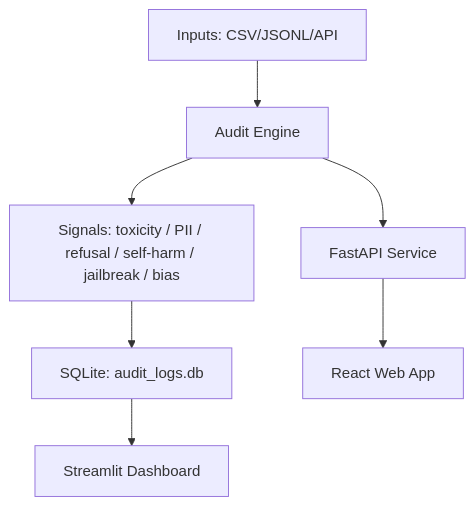
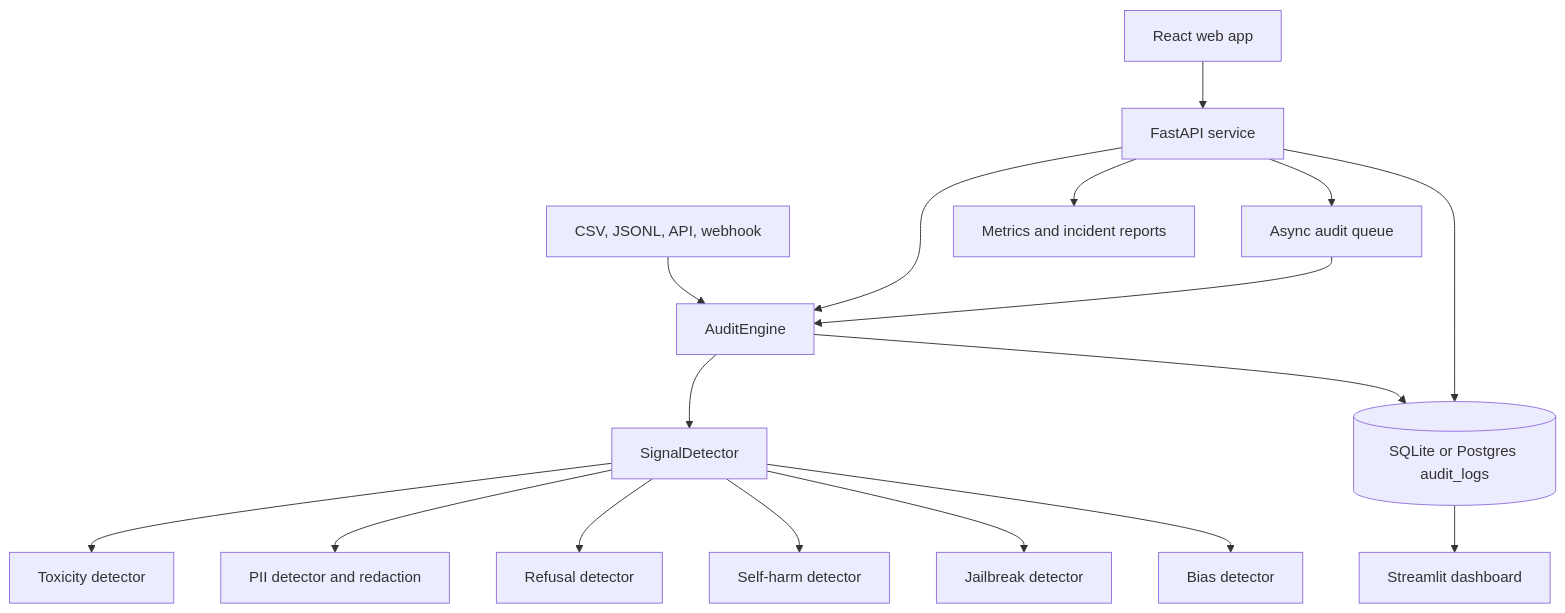
One commit to becahill/Sentinel-Pro changed the diagram in README.md. Above: the diagram before and after it, drawn with Mermaid. The commit also changed other lines of this file and 21 other files, not shown here.

````diff
--- a/README.md
+++ b/README.md
@@ -60,9 +107,19 @@
 ```mermaid
 graph TD
-  A[Inputs: CSV/JSONL/API] --> B[Audit Engine]
-  B --> C[Signals: toxicity / PII / refusal / self-harm / jailbreak / bias]
-  C --> D[SQLite: audit_logs.db]
-  D --> E[Streamlit Dashboard]
-  B --> F[FastAPI Service]
-  F --> G[React Web App]
+  A[CSV, JSONL, API, webhook] --> B[AuditEngine]
+  B --> C[SignalDetector]
+  C --> D[Toxicity detector]
+  C --> E[PII detector and redaction]
+  C --> F[Refusal detector]
+  C --> G[Self-harm detector]
+  C --> H[Jailbreak detector]
+  C --> I[Bias detector]
+  B --> J[(SQLite or Postgres audit_logs)]
+  K[FastAPI service] --> B
+  K --> L[Async audit queue]
+  L --> B
+  K --> J
+  M[React web app] --> K
+  J --> N[Streamlit dashboard]
+  K --> O[Metrics and incident reports]
 ```
````
